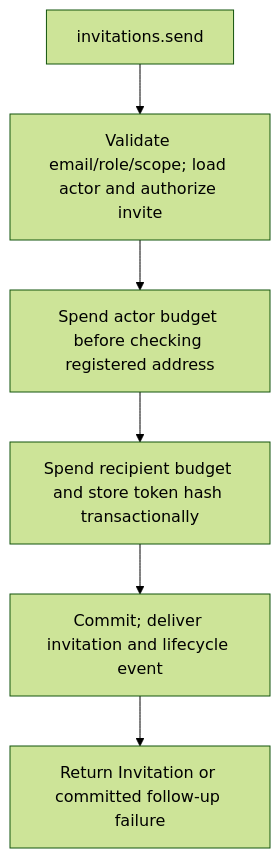
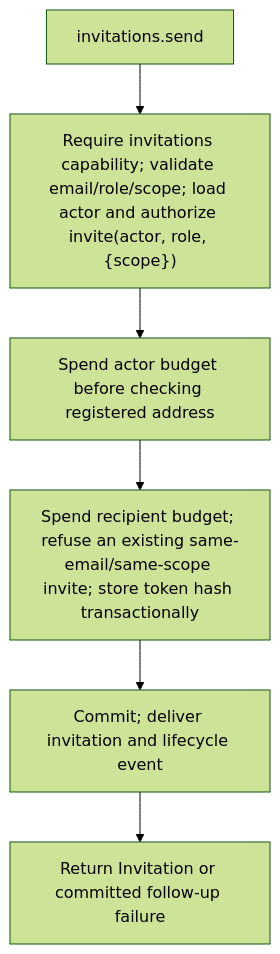
One commit to Kevinjohn/oss-adonisjs-account-kit changed the second of 2 diagrams in user-stories/US-ACCOUNT-08-send-invitation.md. Above: the diagram before and after it, drawn with Mermaid (forest theme). The commit also changed other lines of this file and 17 other files, not shown here.

````diff
--- a/user-stories/US-ACCOUNT-08-send-invitation.md
+++ b/user-stories/US-ACCOUNT-08-send-invitation.md
@@ -33,8 +33,8 @@
 ```mermaid
 flowchart TD
- A["invitations.send"] --> B["Validate email/role/scope; load actor and authorize invite"]
+ A["invitations.send"] --> B["Require invitations capability; validate email/role/scope; load actor and authorize invite(actor, role, {scope})"]
  B --> C["Spend actor budget before checking registered address"]
- C --> D["Spend recipient budget and store token hash transactionally"]
+ C --> D["Spend recipient budget; refuse an existing same-email/same-scope invite; store token hash transactionally"]
  D --> E["Commit; deliver invitation and lifecycle event"]
  E --> F["Return Invitation or committed follow-up failure"]
 ```
````
